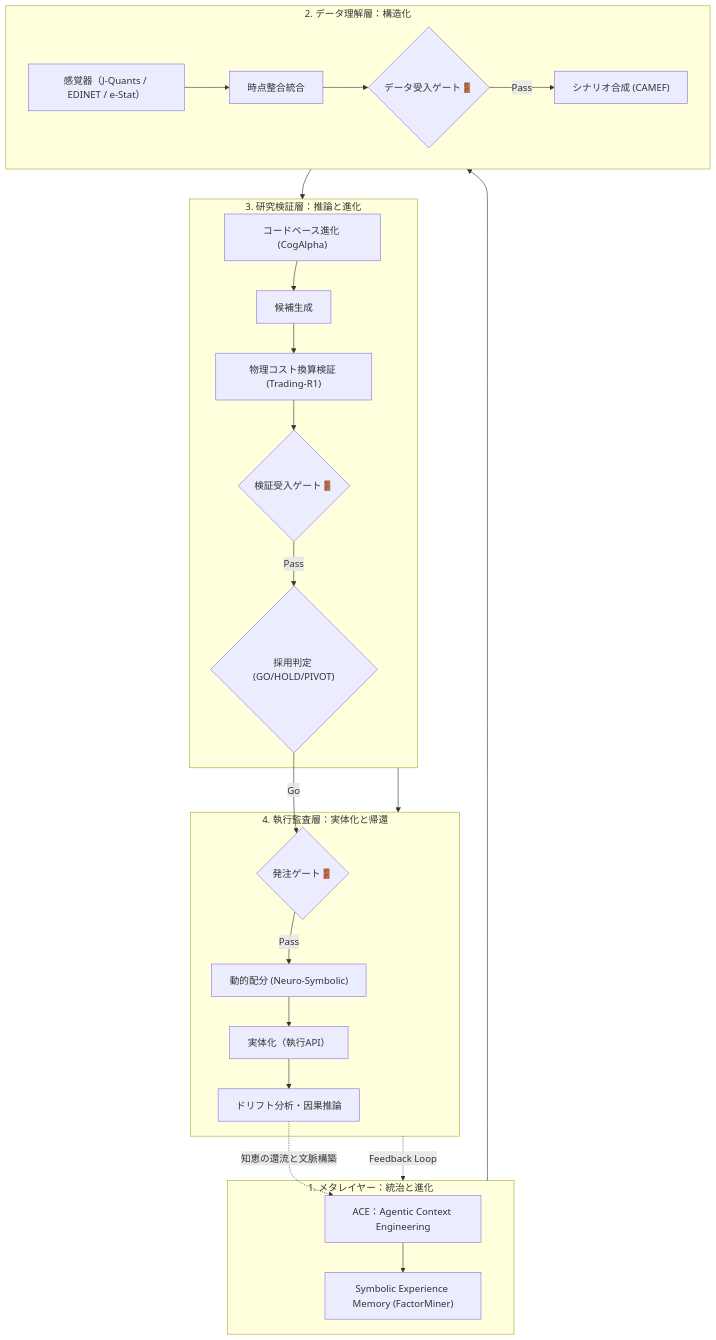
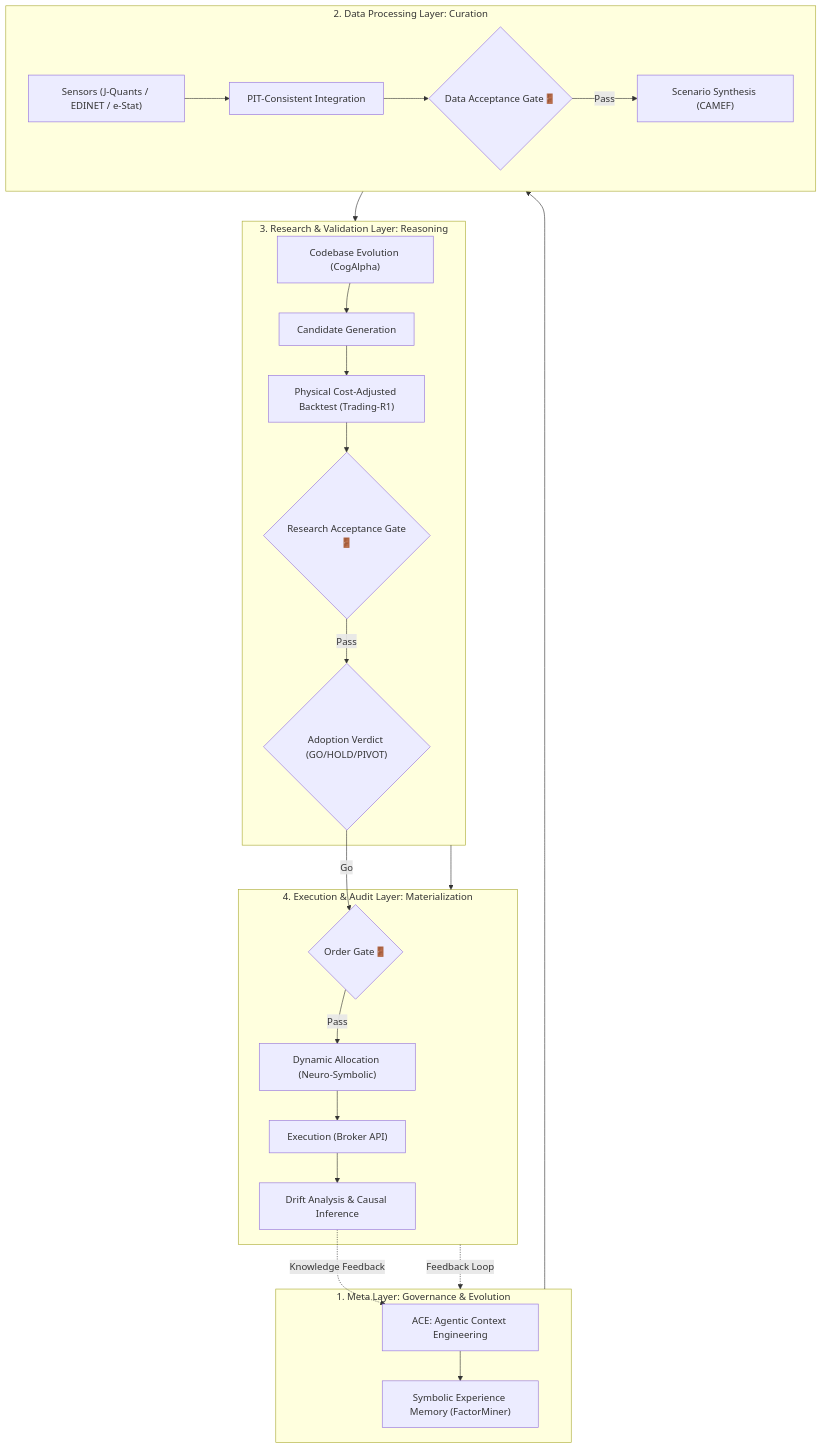
The diagram in docs/idea/2026-03-01.md (KAFKA2306/investor), drawn with Mermaid before and after one commit. The commit also changed other lines of this file and 37 other files, not shown here.

````diff
--- a/docs/idea/2026-03-01.md
+++ b/docs/idea/2026-03-01.md
@@ -45,35 +21,34 @@
 ```mermaid
 flowchart TD
-    subgraph MetaLayer [1. メタレイヤー：統治と進化]
-        ACE["ACE：Agentic Context Engineering"]
+    subgraph MetaLayer [1. Meta Layer: Governance & Evolution]
+        ACE["ACE: Agentic Context Engineering"]
         Memory["Symbolic Experience Memory (FactorMiner)"]
         ACE --> Memory
     end
 
-    subgraph DataLayer [2. データ理解層：構造化]
-        Ingest["感覚器（J-Quants / EDINET / e-Stat）"] --> Integration["時点整合統合"]
-        Integration --> DataGate{"データ受入ゲート🚪"}
-        DataGate -- "Pass" --> Scenario["シナリオ合成 (CAMEF)"]
+    subgraph DataLayer [2. Data Processing Layer: Curation]
+        Ingest["Sensors (J-Quants / EDINET / e-Stat)"] --> Integration["PIT-Consistent Integration"]
+        Integration --> DataGate{"Data Acceptance Gate🚪"}
+        DataGate -- "Pass" --> Scenario["Scenario Synthesis (CAMEF)"]
     end
 
-    subgraph ResearchLayer [3. 研究検証層：推論と進化]
-        Evolution["コードベース進化 (CogAlpha)"] --> Candidate["候補生成"]
-        Candidate --> Validation["物理コスト換算検証 (Trading-R1)"]
-        Validation --> ValidationGate{"検証受入ゲート🚪"}
-        ValidationGate -- "Pass" --> Adoption{"採用判定 (GO/HOLD/PIVOT)"}
+    subgraph ResearchLayer [3. Research & Validation Layer: Reasoning]
+        Evolution["Codebase Evolution (CogAlpha)"] --> Candidate["Candidate Generation"]
+        Candidate --> Validation["Physical Cost-Adjusted Backtest (Trading-R1)"]
+        Validation --> ValidationGate{"Research Acceptance Gate🚪"}
+        ValidationGate -- "Pass" --> Adoption{"Adoption Verdict (GO/HOLD/PIVOT)"}
     end
 
-    subgraph TradeLayer [4. 執行監査層：実体化と帰還]
-        Adoption -- "Go" --> TradeGate{"発注ゲート🚪"}
-        TradeGate -- "Pass" --> Allocation["動的配分 (Neuro-Symbolic)"]
-        Allocation --> Execution["実体化（執行API）"]
-        Execution --> Audit["ドリフト分析・因果推論"]
-        Audit -.-> |知恵の還流と文脈構築| ACE
+    subgraph TradeLayer [4. Execution & Audit Layer: Materialization]
+        Adoption -- "Go" --> TradeGate{"Order Gate🚪"}
+        TradeGate -- "Pass" --> Allocation["Dynamic Allocation (Neuro-Symbolic)"]
+        Allocation --> Execution["Execution (Broker API)"]
+        Execution --> Audit["Drift Analysis & Causal Inference"]
+        Audit -.-> |Knowledge Feedback| ACE
     end
 
     MetaLayer --> DataLayer
     DataLayer --> ResearchLayer
     ResearchLayer --> TradeLayer
     TradeLayer -.-> |Feedback Loop| MetaLayer
-
 ```
````
